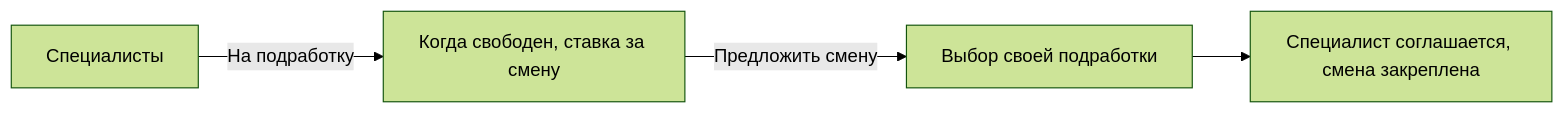
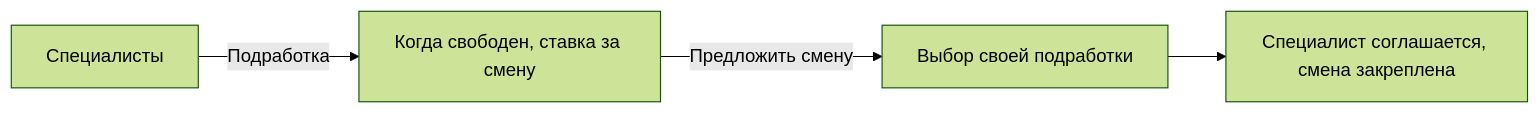
The second of 3 diagrams in docs/specialists/README.md (shmemka/sous), drawn with Mermaid (forest theme) before and after one commit. The commit also changed other lines of this file and 5 other files, not shown here.

````diff
--- a/docs/specialists/README.md
+++ b/docs/specialists/README.md
@@ -58,6 +58,6 @@
 ```mermaid
 flowchart LR
-  A[Специалисты] -->|На подработку| B[Когда свободен, ставка за смену]
+  A[Специалисты] -->|Подработка| B[Когда свободен, ставка за смену]
   B -->|Предложить смену| C[Выбор своей подработки]
   C --> D[Специалист соглашается, смена закреплена]
 ```
````
